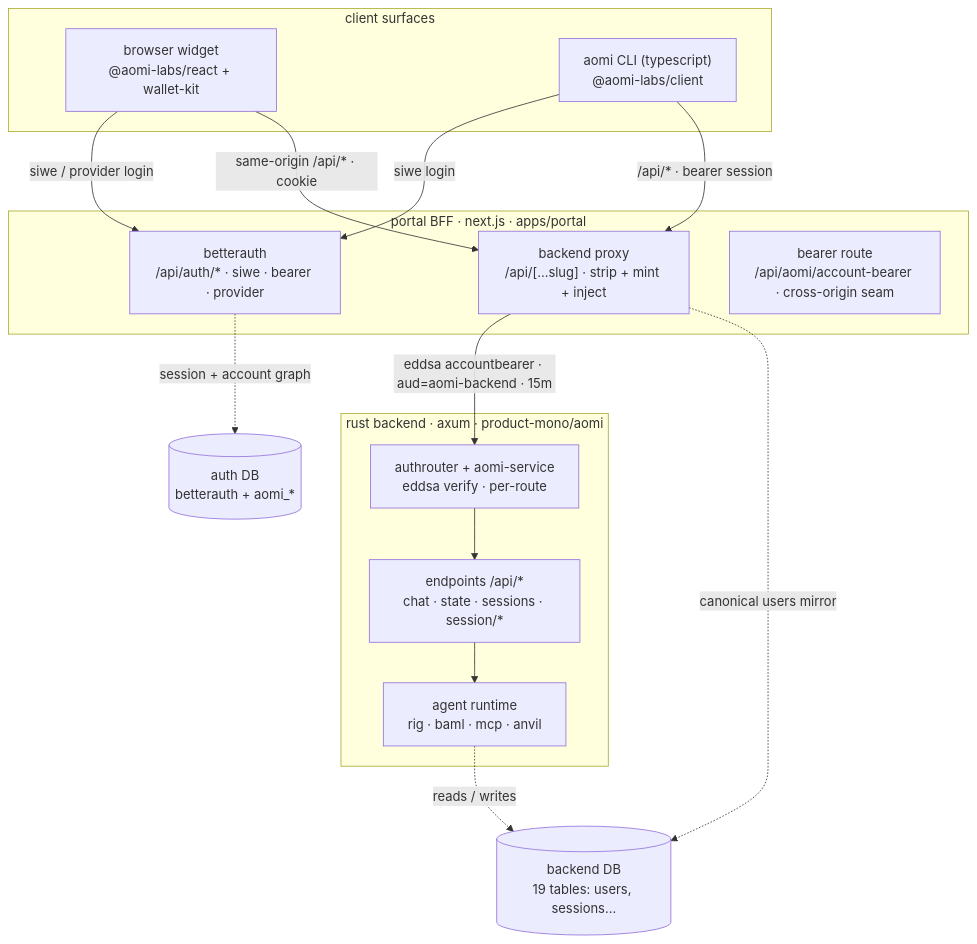
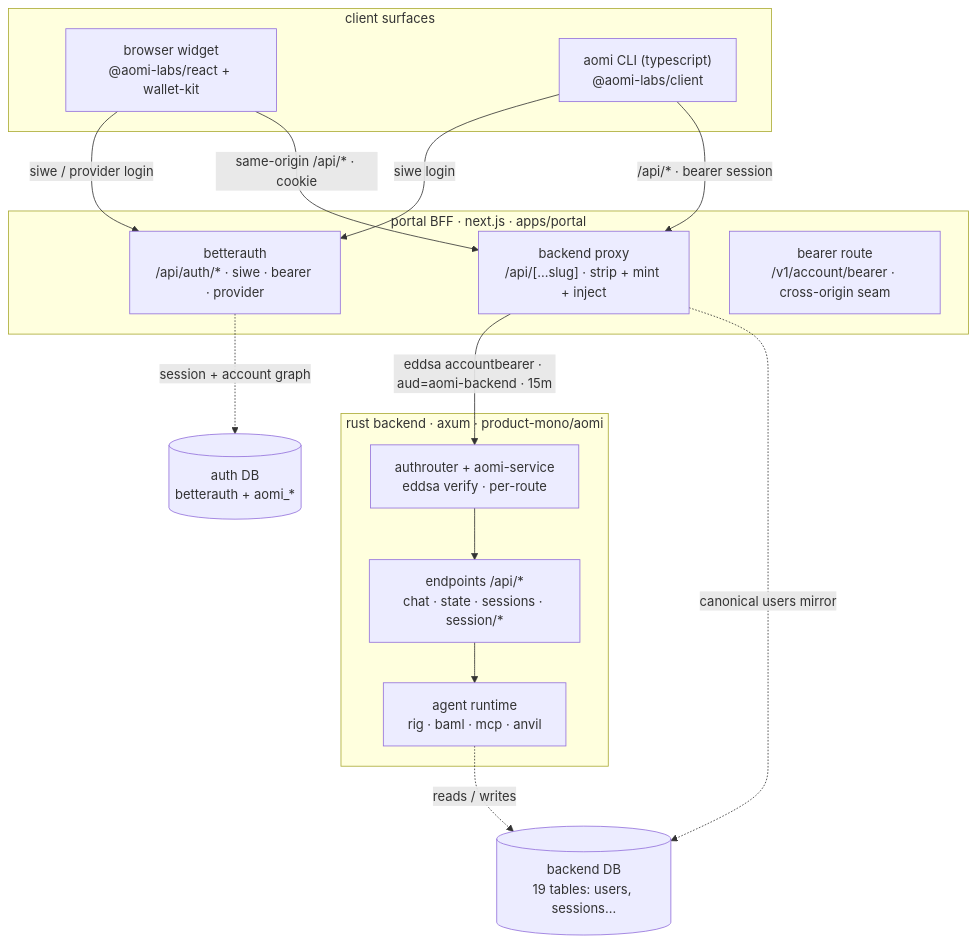
The first of 8 diagrams in specs/AUTH-STACK-REVIEW.md (aomi-labs/aomi-widget), drawn with Mermaid before and after one commit. The commit also changed other lines of this file and 22 other files, not shown here.

````diff
--- a/specs/AUTH-STACK-REVIEW.md
+++ b/specs/AUTH-STACK-REVIEW.md
@@ -79,28 +79,28 @@
 ```mermaid
 flowchart TB
   subgraph clients["client surfaces"]
     BW["browser widget<br/>@aomi-labs/react + wallet-kit"]
     TCLI["aomi CLI (typescript)<br/>@aomi-labs/client"]
   end
   subgraph bff["portal BFF · next.js · apps/portal"]
     BA["betterauth<br/>/api/auth/* · siwe · bearer · provider"]
     PX["backend proxy<br/>/api/[...slug] · strip + mint + inject"]
-    TOK["bearer route<br/>/api/aomi/account-bearer · cross-origin seam"]
+    TOK["bearer route<br/>/v1/account/bearer · cross-origin seam"]
   end
   subgraph be["rust backend · axum · product-mono/aomi"]
     AR["authrouter + aomi-service<br/>eddsa verify · per-route"]
     EP["endpoints /api/*<br/>chat · state · sessions · session/*"]
     RT["agent runtime<br/>rig · baml · mcp · anvil"]
   end
   AUTHDB[("auth DB<br/>betterauth + aomi_*")]
   BEDB[("backend DB<br/>19 tables: users, sessions…")]
   BW -- "siwe / provider login" --> BA
   TCLI -- "siwe login" --> BA
   BW -- "same-origin /api/* · cookie" --> PX
   TCLI -- "/api/* · bearer session" --> PX
   PX -- "eddsa accountbearer · aud=aomi-backend · 15m" --> AR
   AR --> EP --> RT
   BA -. "session + account graph" .-> AUTHDB
   PX -. "canonical users mirror" .-> BEDB
   RT -. "reads / writes" .-> BEDB
 ```
````
